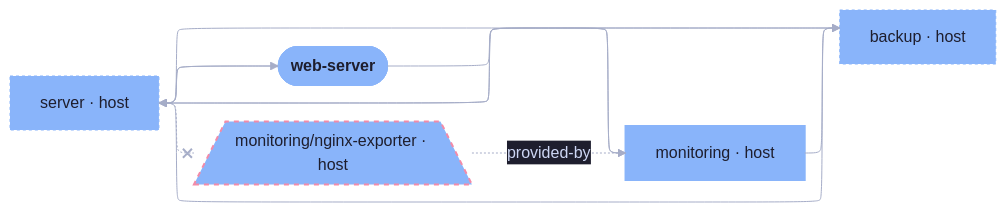
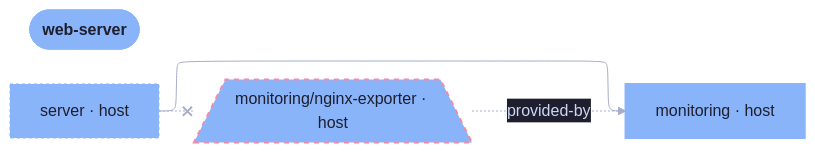
The diagram in templates/diag-fx-demo/diagrams/web-server-adapters.md (sini/den), drawn with Mermaid before and after one commit. The commit also changed 849 other files, not shown here.

Commit message:
chore: update fx diagrams

````diff
--- a/templates/diag-fx-demo/diagrams/web-server-adapters.md
+++ b/templates/diag-fx-demo/diagrams/web-server-adapters.md
@@ -5,27 +5,17 @@
 ```mermaid
 %%{init: {"elk":{"mergeEdges":true,"nodePlacementStrategy":"BRANDES_KOEPF"},"layout":"elk","theme":"base","themeVariables":{"activationBkgColor":"#313244","activationBorderColor":"#6c7086","actorBkg":"#313244","actorBorder":"#a6adc8","actorLineColor":"#a6adc8","actorTextColor":"#cdd6f4","background":"#1e1e2e","classText":"#cdd6f4","clusterBkg":"#313244","clusterBorder":"#6c7086","edgeLabelBackground":"#1e1e2e","labelBoxBkgColor":"#313244","labelBoxBorderColor":"#a6adc8","labelTextColor":"#cdd6f4","lineColor":"#a6adc8","loopTextColor":"#cdd6f4","mainBkg":"#313244","nodeBkg":"#313244","nodeBorder":"#a6adc8","nodeTextColor":"#cdd6f4","noteBkgColor":"#313244","noteBorderColor":"#6c7086","noteTextColor":"#cdd6f4","pie1":"#f38ba8","pie2":"#fab387","pie3":"#f9e2af","pie4":"#a6e3a1","pie5":"#94e2d5","pie6":"#89b4fa","pie7":"#cba6f7","pie8":"#f2cdcd","pieLegendTextColor":"#cdd6f4","pieOuterStrokeColor":"#6c7086","pieSectionTextColor":"#cdd6f4","pieStrokeColor":"#6c7086","pieTitleTextColor":"#cdd6f4","primaryBorderColor":"#a6adc8","primaryColor":"#313244","primaryTextColor":"#cdd6f4","secondBkg":"#313244","secondaryBorderColor":"#6c7086","secondaryColor":"#313244","secondaryTextColor":"#cdd6f4","sequenceNumberColor":"#1e1e2e","signalColor":"#a6adc8","signalTextColor":"#cdd6f4","tertiaryBorderColor":"#6c7086","tertiaryColor":"#313244","tertiaryTextColor":"#cdd6f4","textColor":"#cdd6f4","titleColor":"#cdd6f4"}}}%%
 graph LR
   web_server([web-server]):::root
-  backup["backup · host"]:::backup_c
   monitoring["monitoring · host"]:::monitoring_c
   monitoring__nginx_exporter[/"monitoring/nginx-exporter · host"\]:::monitoring__nginx_exporter_c
   server["server · host"]:::server_c
 
-  backup --> server
-  monitoring --> backup
-  server --> backup
-  web_server --> backup
-  monitoring --> server
-  web_server --> server
   server --> monitoring
   server -.-x monitoring__nginx_exporter
-  server --> web_server
   monitoring__nginx_exporter -.->|provided-by| monitoring
 
   classDef root fill:#89b4fa,stroke:#89b4fa,color:#1e1e2e,font-weight:bold
-  classDef backup_c fill:#89b4fa,stroke:#89b4fa,color:#1e1e2e,stroke-dasharray: 3 3,stroke-width:1px
   classDef monitoring_c fill:#89b4fa,stroke:#89b4fa,color:#1e1e2e,stroke-width:2px
   classDef monitoring__nginx_exporter_c fill:#89b4fa,stroke:#f38ba8,color:#1e1e2e,stroke-dasharray: 5 5,stroke-width:2px
   classDef server_c fill:#89b4fa,stroke:#89b4fa,color:#1e1e2e,stroke-dasharray: 3 3,stroke-width:1px
-  classDef web_server_c fill:#cba6f7,stroke:#cba6f7,color:#1e1e2e,stroke-width:3px
 ```
````
